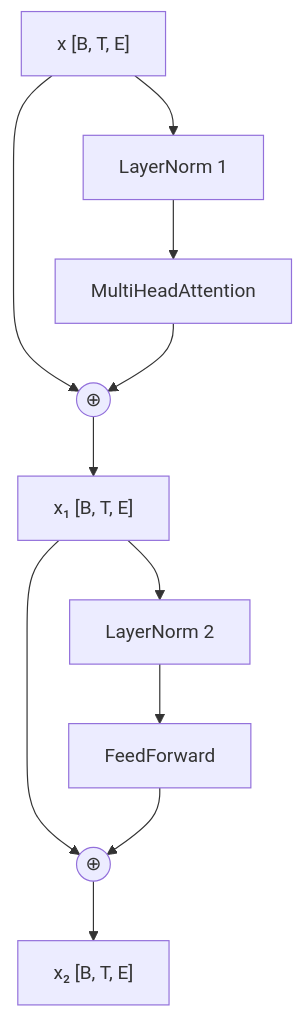
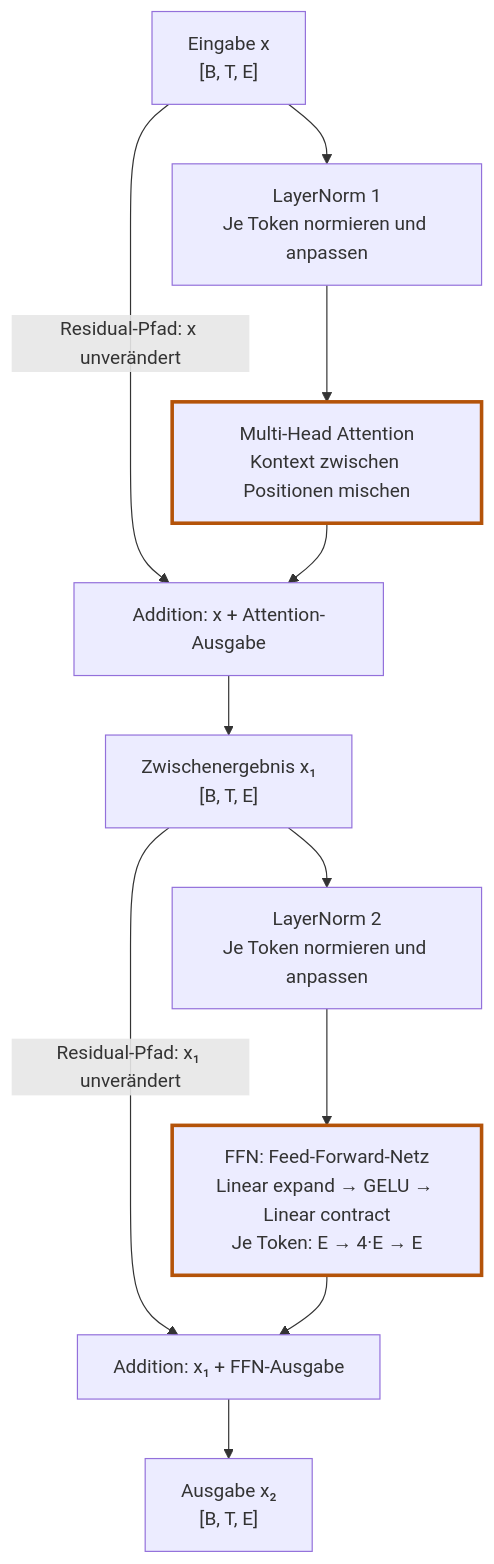
One commit to zuegi/rusty-mind-llm changed the diagram in book/src/kapitel/06-04-block-zusammensetzen.md. Above: the diagram before and after it, drawn with Mermaid. The commit also changed other lines of this file, not shown here.

Commit message:
docs: clarify the composition and processing of LayerNorm, Attention, and Feed-Forward network in Transformer blocks

````diff
--- a/book/src/kapitel/06-04-block-zusammensetzen.md
+++ b/book/src/kapitel/06-04-block-zusammensetzen.md
@@ -69,13 +22,15 @@
 ```mermaid
 flowchart TD
-    x["x [B, T, E]"] --> ln1["LayerNorm 1"]
-    ln1 --> att["MultiHeadAttention"]
-    x --> add1((⊕))
+    x["Eingabe x<br/>[B, T, E]"] --> ln1["LayerNorm 1<br/>Je Token normieren und anpassen"]
+    ln1 --> att["Multi-Head Attention<br/>Kontext zwischen Positionen mischen"]
+    x -->|"Residual-Pfad: x unverändert"| add1["Addition: x + Attention-Ausgabe"]
     att --> add1
-    add1 --> x1["x₁ [B, T, E]"]
-    x1 --> ln2["LayerNorm 2"]
-    ln2 --> ffn["FeedForward"]
-    x1 --> add2((⊕))
+    add1 --> x1["Zwischenergebnis x₁<br/>[B, T, E]"]
+    x1 --> ln2["LayerNorm 2<br/>Je Token normieren und anpassen"]
+    ln2 --> ffn["FFN: Feed-Forward-Netz<br/>Linear expand → GELU → Linear contract<br/>Je Token: E → 4·E → E"]
+    x1 -->|"Residual-Pfad: x₁ unverändert"| add2["Addition: x₁ + FFN-Ausgabe"]
     ffn --> add2
-    add2 --> x2["x₂ [B, T, E]"]
+    add2 --> x2["Ausgabe x₂<br/>[B, T, E]"]
+    style att stroke:#b45309,stroke-width:3px
+    style ffn stroke:#b45309,stroke-width:3px
 ```
````
